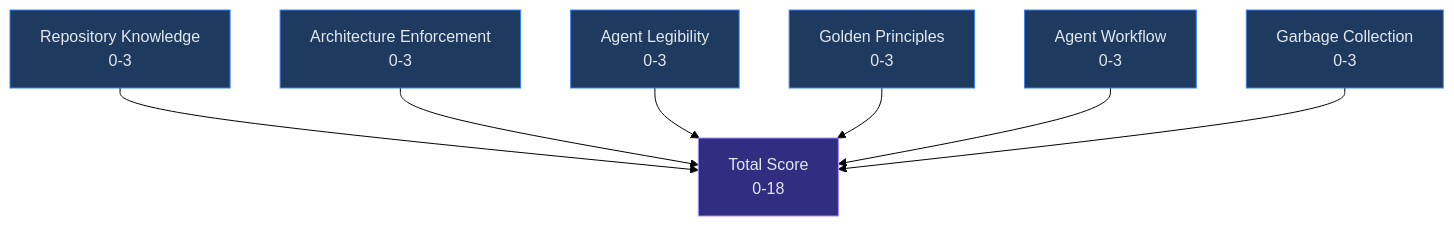
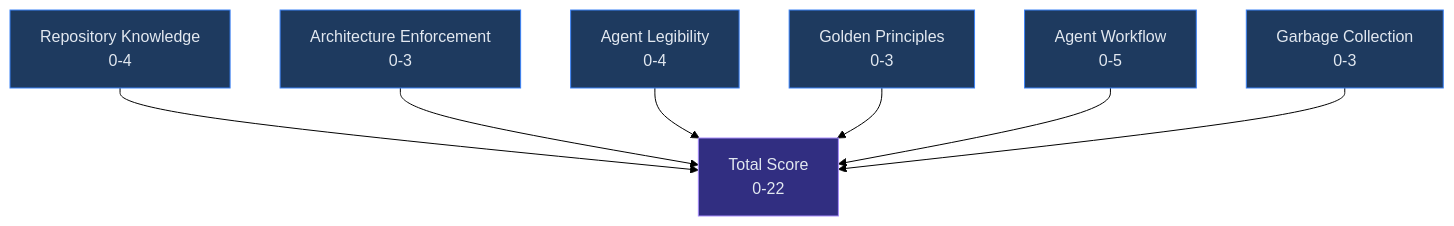
The fourth of 4 diagrams in README.md (WellDunDun/reins), drawn with Mermaid (forest theme) before and after one commit. The commit also changed other lines of this file and 23 other files, not shown here.

````diff
--- a/README.md
+++ b/README.md
@@ -235,25 +237,25 @@
 ```mermaid
 graph TD
-    Score["Total Score\n0-18"]
-    RK["Repository Knowledge\n0-3"]
+    Score["Total Score\n0-22"]
+    RK["Repository Knowledge\n0-4"]
     AE["Architecture Enforcement\n0-3"]
-    AL["Agent Legibility\n0-3"]
+    AL["Agent Legibility\n0-4"]
     GP["Golden Principles\n0-3"]
-    AW["Agent Workflow\n0-3"]
+    AW["Agent Workflow\n0-5"]
     GC["Garbage Collection\n0-3"]
 
     RK --> Score
     AE --> Score
     AL --> Score
     GP --> Score
     AW --> Score
     GC --> Score
 
     style Score fill:#312e81,stroke:#a78bfa,color:#e2e8f0
     style RK fill:#1e3a5f,stroke:#3b82f6,color:#e2e8f0
     style AE fill:#1e3a5f,stroke:#3b82f6,color:#e2e8f0
     style AL fill:#1e3a5f,stroke:#3b82f6,color:#e2e8f0
     style GP fill:#1e3a5f,stroke:#3b82f6,color:#e2e8f0
     style AW fill:#1e3a5f,stroke:#3b82f6,color:#e2e8f0
     style GC fill:#1e3a5f,stroke:#3b82f6,color:#e2e8f0
 ```
````
